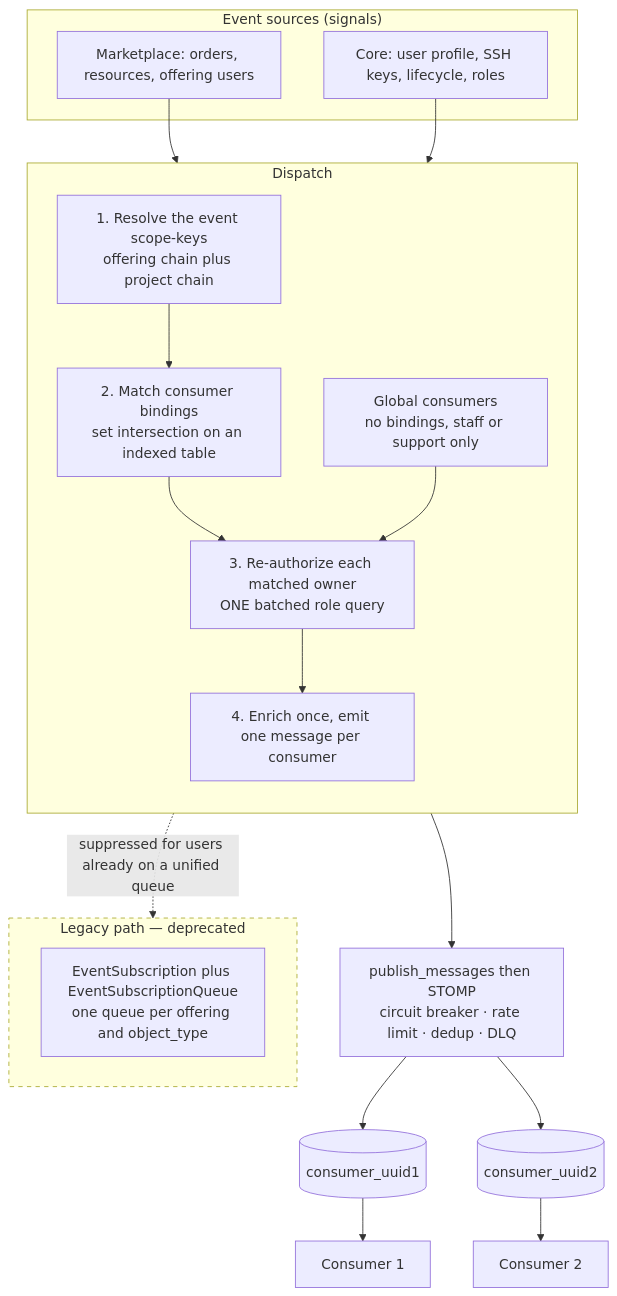
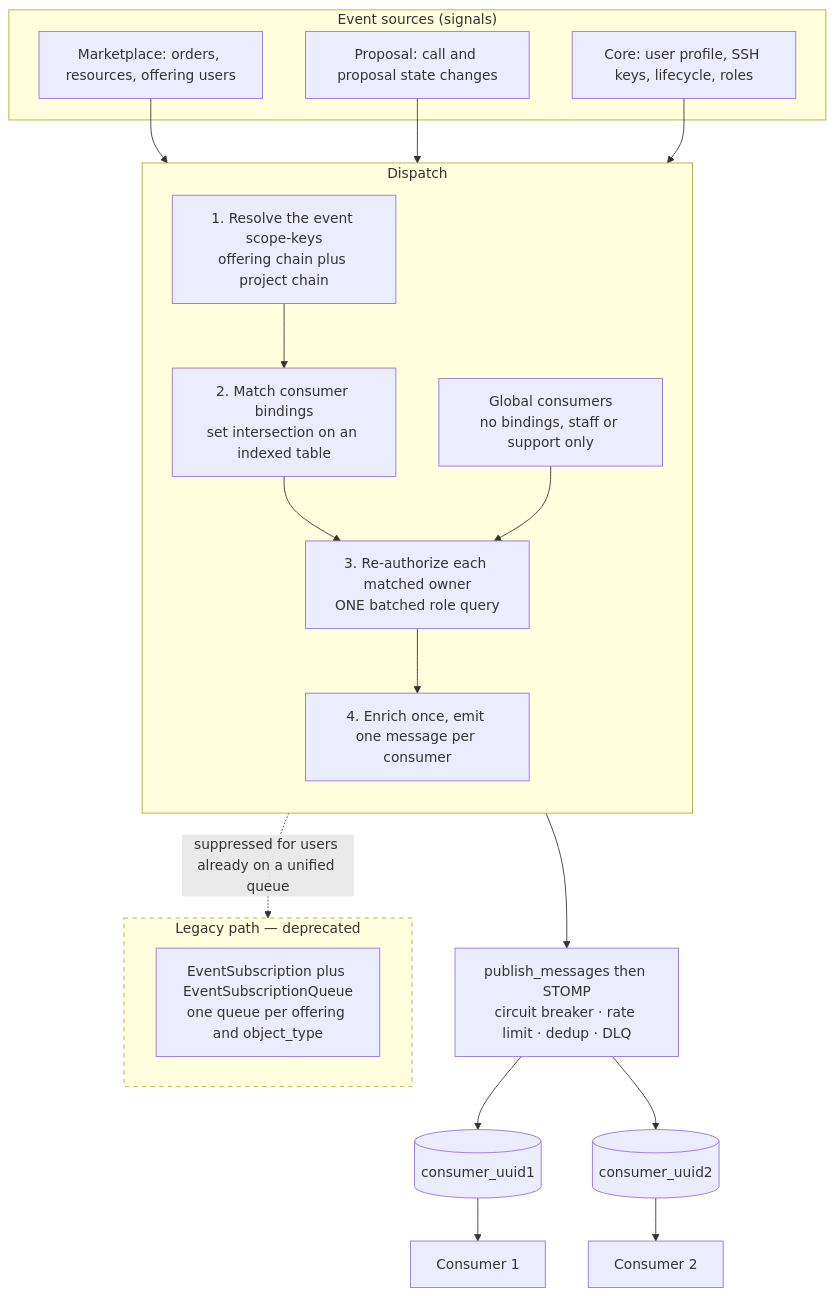
Before and after one commit to waldur/waldur-docs: the diagram in docs/developer-guide/design/pubsub-architecture.md, drawn with Mermaid. The commit also changed other lines of this file and 37 other files, not shown here.

````diff
--- a/docs/developer-guide/design/pubsub-architecture.md
+++ b/docs/developer-guide/design/pubsub-architecture.md
@@ -26,31 +26,33 @@
 ```mermaid
 flowchart TD
     subgraph sources["Event sources (signals)"]
         ev_market["Marketplace: orders, resources, offering users"]
         ev_user["Core: user profile, SSH keys, lifecycle, roles"]
+        ev_proposal["Proposal: call and proposal state changes"]
     end
 
     ev_market --> disp_keys
+    ev_proposal --> disp_keys
     ev_user --> disp_global
 
     subgraph dispatch["Dispatch"]
         direction TB
         disp_keys["1. Resolve the event scope-keys<br/>offering chain plus project chain"]
         disp_keys --> disp_match["2. Match consumer bindings<br/>set intersection on an indexed table"]
         disp_match --> disp_auth["3. Re-authorize each matched owner<br/>ONE batched role query"]
         disp_global["Global consumers<br/>no bindings, staff or support only"] --> disp_auth
         disp_auth --> disp_emit["4. Enrich once, emit one message per consumer"]
     end
 
     disp_emit --> publish["publish_messages then STOMP<br/>circuit breaker · rate limit · dedup · DLQ"]
     publish --> q1[(consumer_uuid1)]
     publish --> q2[(consumer_uuid2)]
     q1 --> c1["Consumer 1"]
     q2 --> c2["Consumer 2"]
 
     subgraph legacy["Legacy path — deprecated"]
         legacy_queue["EventSubscription plus EventSubscriptionQueue<br/>one queue per offering and object_type"]
     end
     disp_match -.->|suppressed for users already on a unified queue| legacy
     style legacy stroke-dasharray: 5 5
 ```
````
